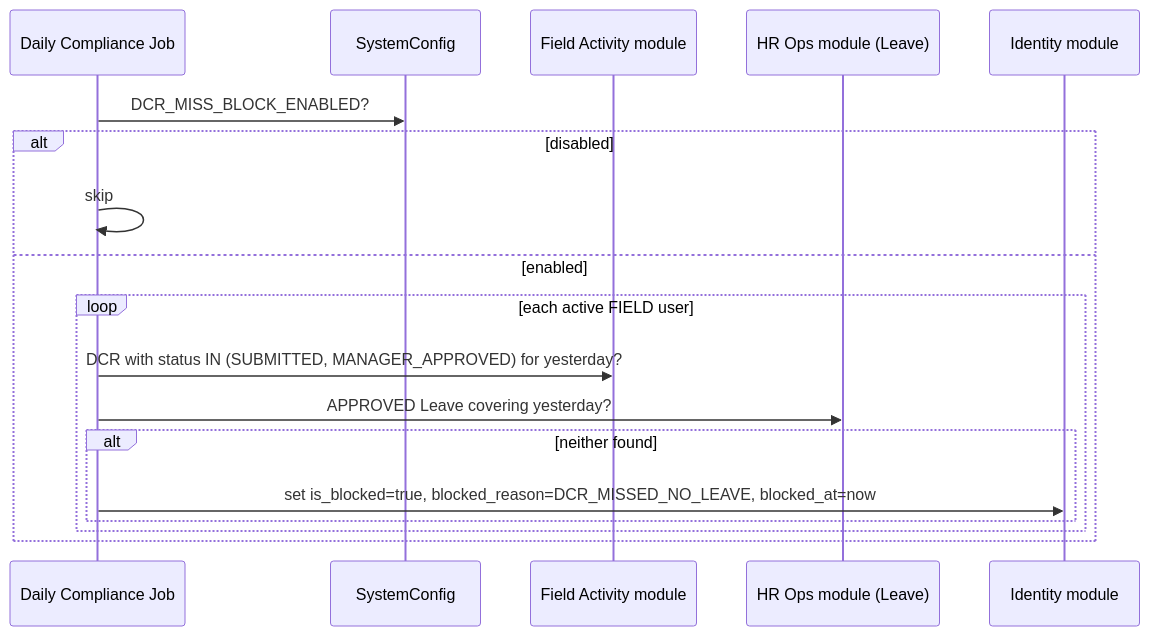
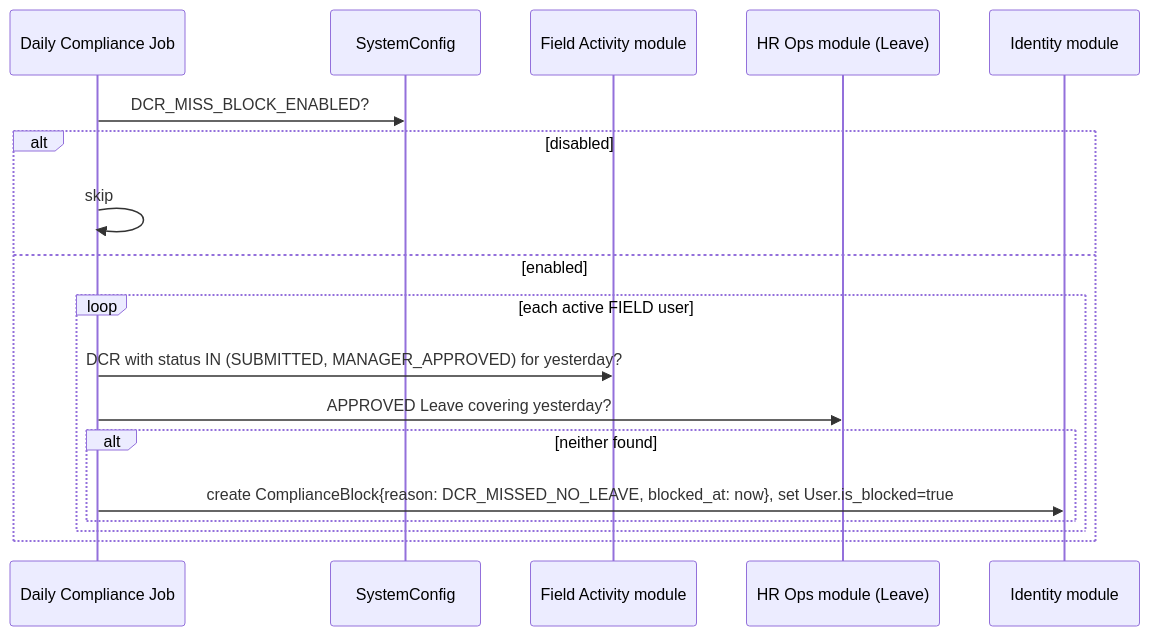
Before and after one commit to reboot-ai-private-limited/greynote: the second of 2 diagrams in docs/hld/10-submission-gating-and-compliance-block.md, drawn with Mermaid. The commit also changed 5 other files, not shown here.

First line of the commit message:
docs: record the EmployeeProfile/ComplianceBlock split and TA rate override

````diff
--- a/docs/hld/10-submission-gating-and-compliance-block.md
+++ b/docs/hld/10-submission-gating-and-compliance-block.md
@@ -37,21 +37,21 @@
 ```mermaid
 sequenceDiagram
     participant Job as Daily Compliance Job
     participant Config as SystemConfig
     participant FA as Field Activity module
     participant HR as HR Ops module (Leave)
     participant ID as Identity module
 
     Job->>Config: DCR_MISS_BLOCK_ENABLED?
     alt disabled
         Job->>Job: skip
     else enabled
         loop each active FIELD user
             Job->>FA: DCR with status IN (SUBMITTED, MANAGER_APPROVED) for yesterday?
             Job->>HR: APPROVED Leave covering yesterday?
             alt neither found
-                Job->>ID: set is_blocked=true, blocked_reason=DCR_MISSED_NO_LEAVE, blocked_at=now
+                Job->>ID: create ComplianceBlock{reason: DCR_MISSED_NO_LEAVE, blocked_at: now}, set User.is_blocked=true
             end
         end
     end
 ```
````
